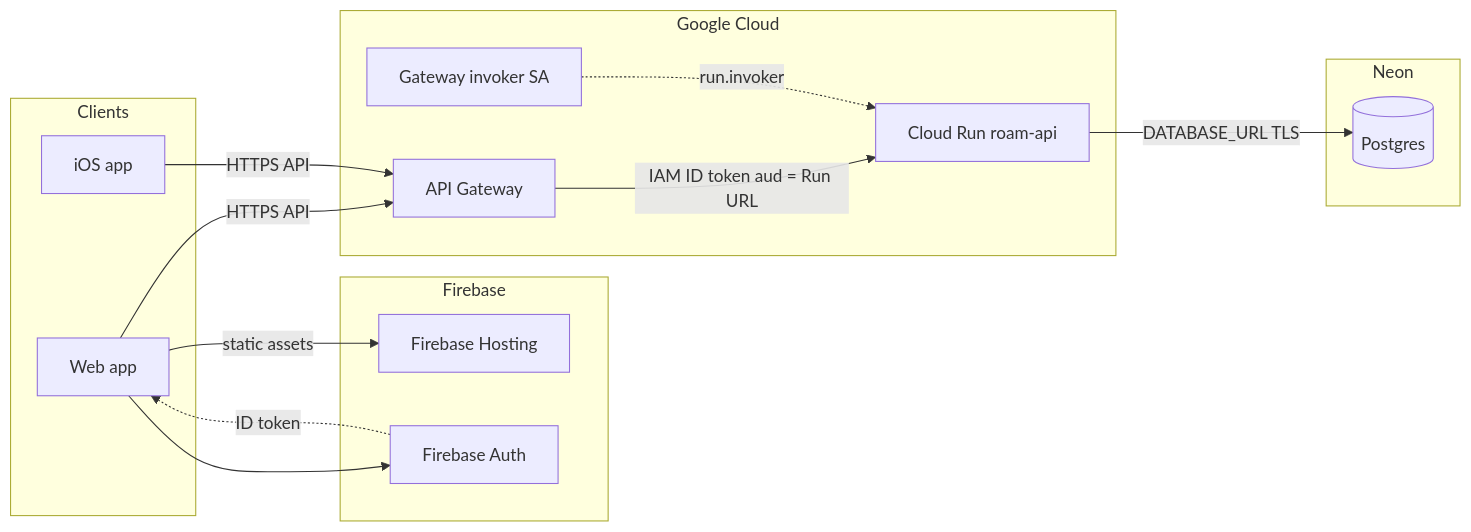
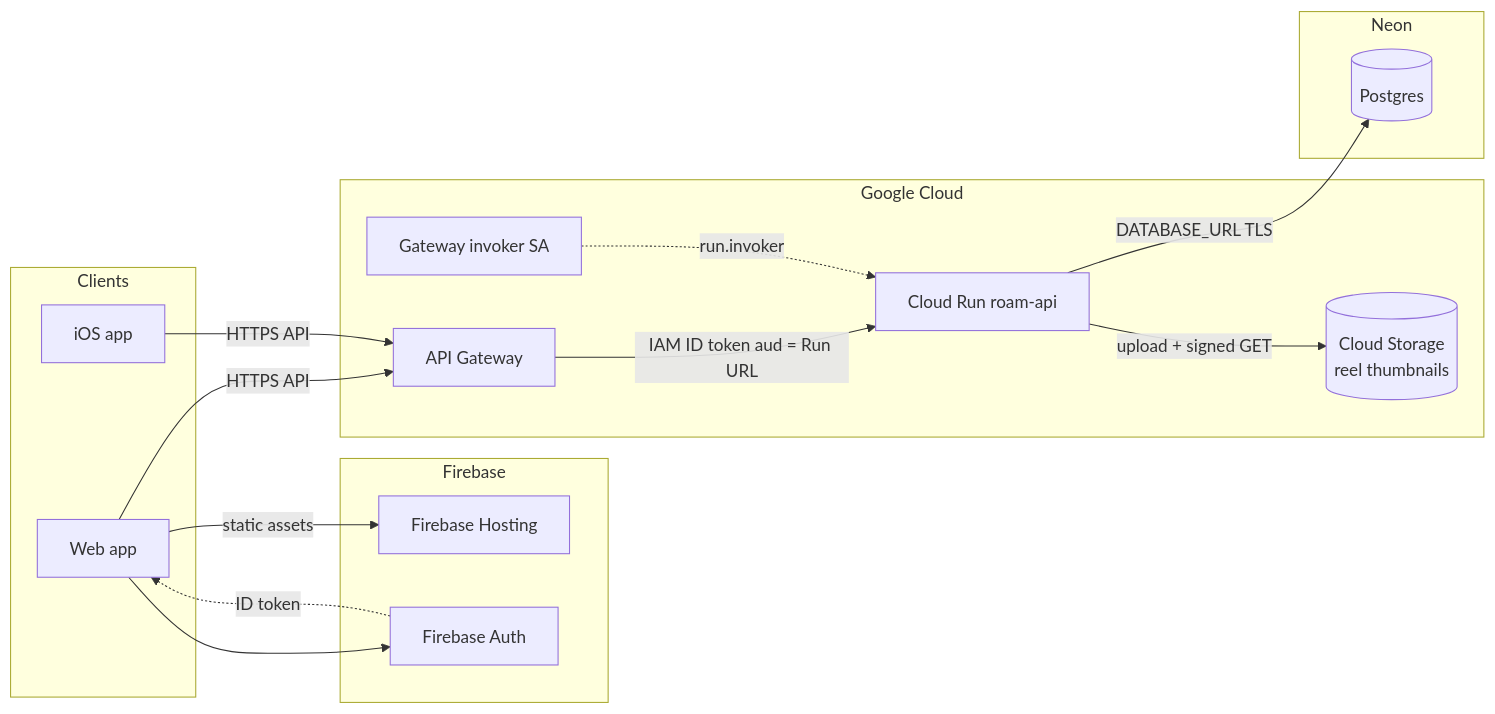
The diagram in docs/ARCHITECTURE.md (Tyler3D/Roam), drawn with Mermaid before and after one commit. The commit also changed other lines of this file and 44 other files, not shown here.

````diff
--- a/docs/ARCHITECTURE.md
+++ b/docs/ARCHITECTURE.md
@@ -11,27 +11,29 @@
 ```mermaid
 flowchart LR
   subgraph clients [Clients]
     Web[Web app]
     iOS[iOS app]
   end
   subgraph firebase [Firebase]
     FH[Firebase Hosting]
     FA[Firebase Auth]
   end
   subgraph gcp [Google Cloud]
     AG[API Gateway]
     CR[Cloud Run roam-api]
     SA[Gateway invoker SA]
+    GCS[(Cloud Storage\nreel thumbnails)]
   end
   subgraph neon [Neon]
     PG[(Postgres)]
   end
   Web -->|static assets| FH
   Web --> FA
   FA -.->|ID token| Web
   Web -->|HTTPS API| AG
   iOS -->|HTTPS API| AG
   AG -->|IAM ID token aud = Run URL| CR
   SA -.->|run.invoker| CR
   CR -->|DATABASE_URL TLS| PG
+  CR -->|upload + signed GET| GCS
 ```
````
